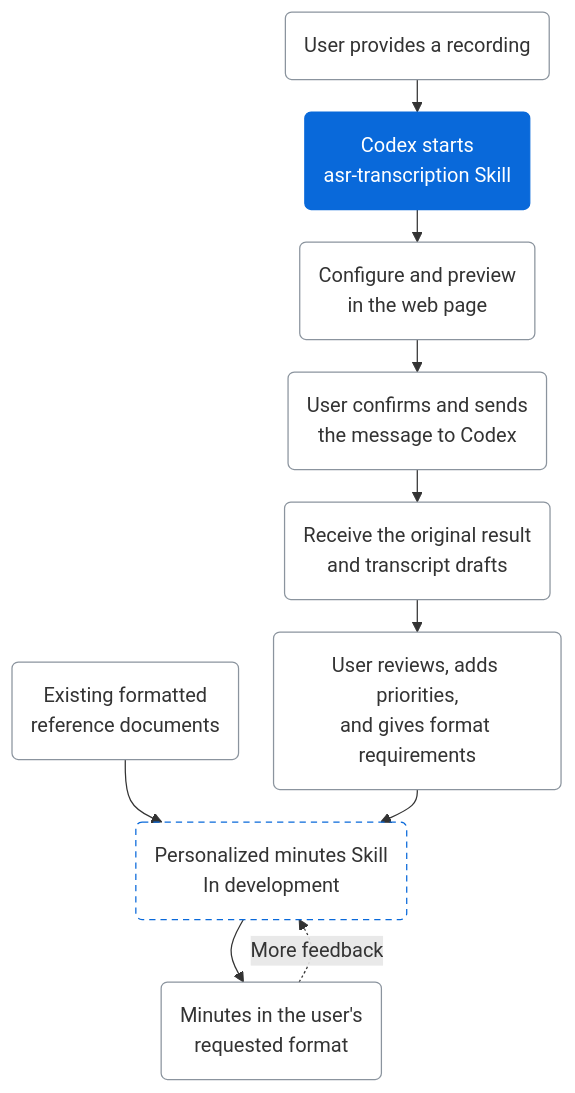
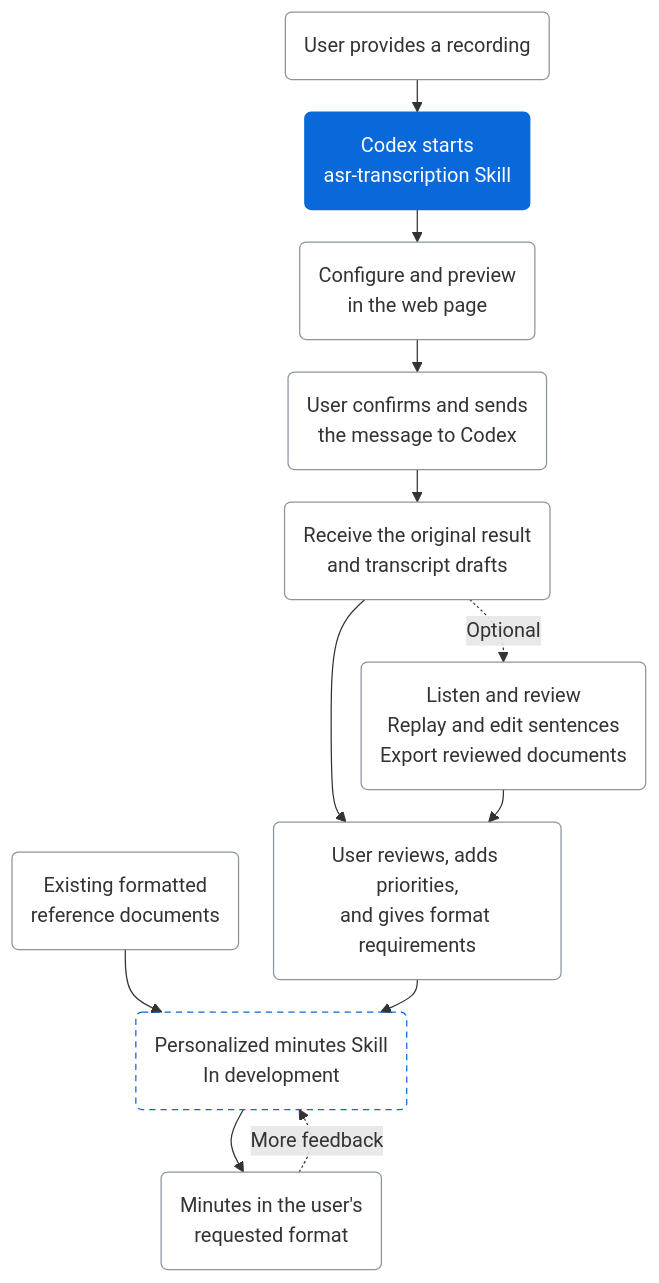
The diagram in README.en.md (hx101700/memoflow), drawn with Mermaid before and after one commit. The commit also changed other lines of this file and 11 other files, not shown here.

Commit message:
docs: align review diagrams and add README review entry

````diff
--- a/README.en.md
+++ b/README.en.md
@@ -34,25 +34,27 @@
 ```mermaid
 ---
 config:
   flowchart:
     curve: basis
     nodeSpacing: 28
     rankSpacing: 26
 ---
 flowchart TD
     A("User provides a recording") --> B("Codex starts<br/>asr-transcription Skill")
     B --> C("Configure and preview<br/>in the web page")
     C --> D("User confirms and sends<br/>the message to Codex")
     D --> E("Receive the original result<br/>and transcript drafts")
     E --> F("User reviews, adds priorities,<br/>and gives format requirements")
+    E -. "Optional" .-> R("Listen and review<br/>Replay and edit sentences<br/>Export reviewed documents")
+    R --> F
     G("Existing formatted<br/>reference documents") --> H("Personalized minutes Skill<br/>In development")
     F --> H
     H --> I("Minutes in the user's<br/>requested format")
     I -. "More feedback" .-> H
 
     classDef default fill:transparent,stroke:#8b949e,stroke-width:1px,filter:none;
     classDef active fill:#0969da,stroke:#0969da,color:#ffffff;
     classDef planned stroke:#0969da,stroke-dasharray:5 4;
     class B active;
     class H planned;
 ```
````
